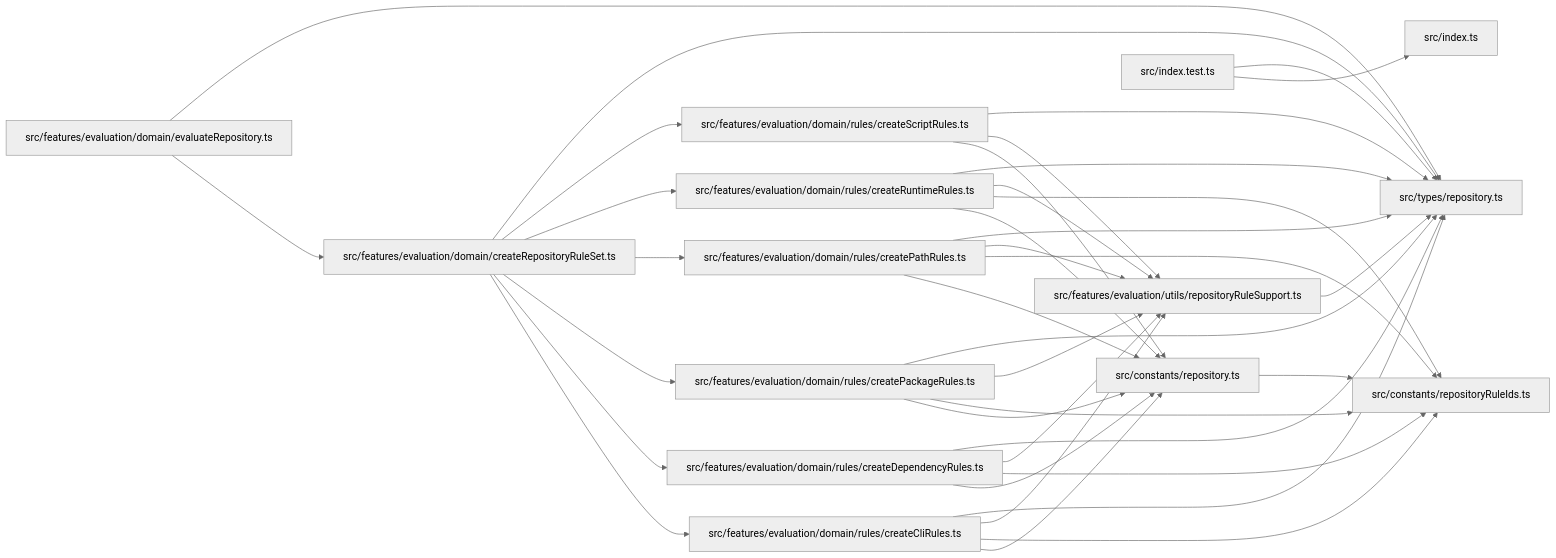
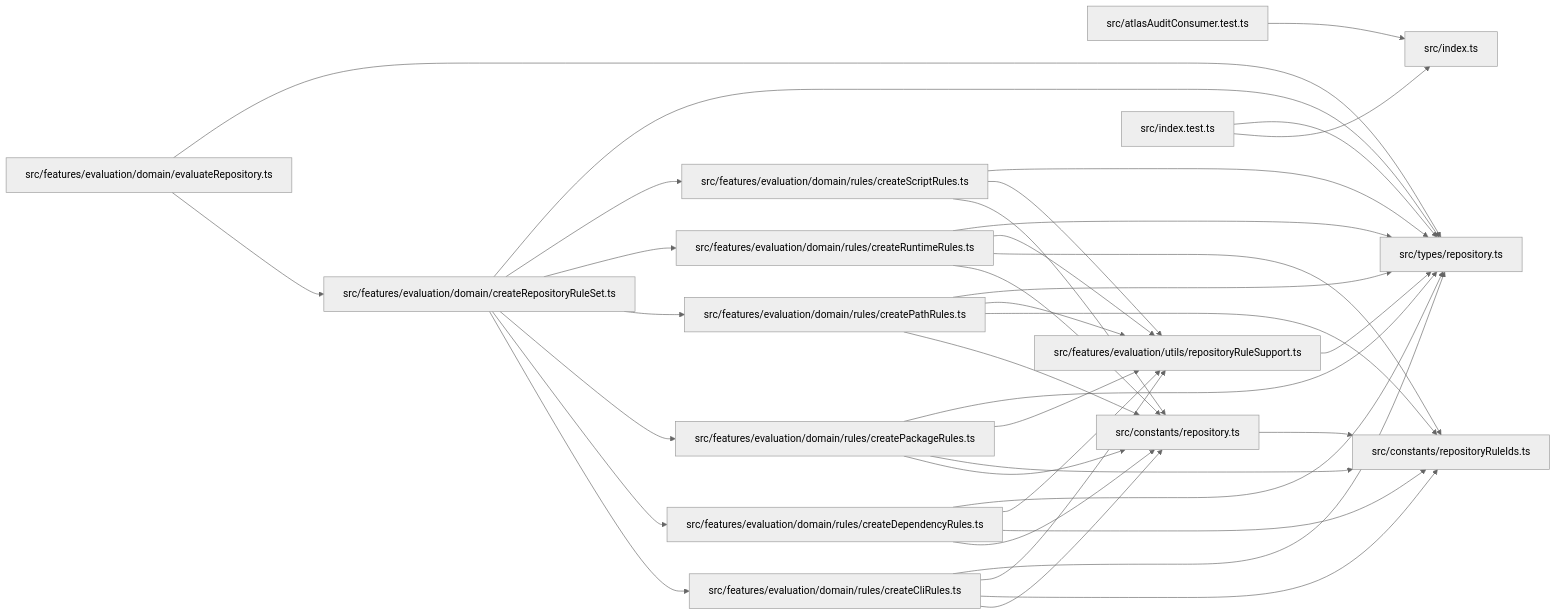
Before and after one commit to ankhorage/rules-repository: the diagram in paradox/diagrams/module-relationships.mmd, drawn with Mermaid (neutral theme). The commit also changed 9 other files, not shown here.

```diff
--- a/paradox/diagrams/module-relationships.mmd
+++ b/paradox/diagrams/module-relationships.mmd
@@ -1,51 +1,53 @@
 graph LR
+  module_src_atlasAuditConsumer_test_ts["src/atlasAuditConsumer.test.ts"]
   module_src_constants_repository_ts["src/constants/repository.ts"]
   module_src_constants_repositoryRuleIds_ts["src/constants/repositoryRuleIds.ts"]
   module_src_features_evaluation_domain_createRepositoryRuleSet_ts["src/features/evaluation/domain/createRepositoryRuleSet.ts"]
   module_src_features_evaluation_domain_evaluateRepository_ts["src/features/evaluation/domain/evaluateRepository.ts"]
   module_src_features_evaluation_domain_rules_createCliRules_ts["src/features/evaluation/domain/rules/createCliRules.ts"]
   module_src_features_evaluation_domain_rules_createDependencyRules_ts["src/features/evaluation/domain/rules/createDependencyRules.ts"]
   module_src_features_evaluation_domain_rules_createPackageRules_ts["src/features/evaluation/domain/rules/createPackageRules.ts"]
   module_src_features_evaluation_domain_rules_createPathRules_ts["src/features/evaluation/domain/rules/createPathRules.ts"]
   module_src_features_evaluation_domain_rules_createRuntimeRules_ts["src/features/evaluation/domain/rules/createRuntimeRules.ts"]
   module_src_features_evaluation_domain_rules_createScriptRules_ts["src/features/evaluation/domain/rules/createScriptRules.ts"]
   module_src_features_evaluation_utils_repositoryRuleSupport_ts["src/features/evaluation/utils/repositoryRuleSupport.ts"]
   module_src_index_test_ts["src/index.test.ts"]
   module_src_index_ts["src/index.ts"]
   module_src_types_repository_ts["src/types/repository.ts"]
+  module_src_atlasAuditConsumer_test_ts --> module_src_index_ts
   module_src_constants_repository_ts --> module_src_constants_repositoryRuleIds_ts
   module_src_features_evaluation_domain_createRepositoryRuleSet_ts --> module_src_features_evaluation_domain_rules_createCliRules_ts
   module_src_features_evaluation_domain_createRepositoryRuleSet_ts --> module_src_features_evaluation_domain_rules_createDependencyRules_ts
   module_src_features_evaluation_domain_createRepositoryRuleSet_ts --> module_src_features_evaluation_domain_rules_createPackageRules_ts
   module_src_features_evaluation_domain_createRepositoryRuleSet_ts --> module_src_features_evaluation_domain_rules_createPathRules_ts
   module_src_features_evaluation_domain_createRepositoryRuleSet_ts --> module_src_features_evaluation_domain_rules_createRuntimeRules_ts
   module_src_features_evaluation_domain_createRepositoryRuleSet_ts --> module_src_features_evaluation_domain_rules_createScriptRules_ts
   module_src_features_evaluation_domain_createRepositoryRuleSet_ts --> module_src_types_repository_ts
   module_src_features_evaluation_domain_evaluateRepository_ts --> module_src_features_evaluation_domain_createRepositoryRuleSet_ts
   module_src_features_evaluation_domain_evaluateRepository_ts --> module_src_types_repository_ts
   module_src_features_evaluation_domain_rules_createCliRules_ts --> module_src_constants_repository_ts
   module_src_features_evaluation_domain_rules_createCliRules_ts --> module_src_constants_repositoryRuleIds_ts
   module_src_features_evaluation_domain_rules_createCliRules_ts --> module_src_features_evaluation_utils_repositoryRuleSupport_ts
   module_src_features_evaluation_domain_rules_createCliRules_ts --> module_src_types_repository_ts
   module_src_features_evaluation_domain_rules_createDependencyRules_ts --> module_src_constants_repository_ts
   module_src_features_evaluation_domain_rules_createDependencyRules_ts --> module_src_constants_repositoryRuleIds_ts
   module_src_features_evaluation_domain_rules_createDependencyRules_ts --> module_src_features_evaluation_utils_repositoryRuleSupport_ts
   module_src_features_evaluation_domain_rules_createDependencyRules_ts --> module_src_types_repository_ts
   module_src_features_evaluation_domain_rules_createPackageRules_ts --> module_src_constants_repository_ts
   module_src_features_evaluation_domain_rules_createPackageRules_ts --> module_src_constants_repositoryRuleIds_ts
   module_src_features_evaluation_domain_rules_createPackageRules_ts --> module_src_features_evaluation_utils_repositoryRuleSupport_ts
   module_src_features_evaluation_domain_rules_createPackageRules_ts --> module_src_types_repository_ts
   module_src_features_evaluation_domain_rules_createPathRules_ts --> module_src_constants_repository_ts
   module_src_features_evaluation_domain_rules_createPathRules_ts --> module_src_constants_repositoryRuleIds_ts
   module_src_features_evaluation_domain_rules_createPathRules_ts --> module_src_features_evaluation_utils_repositoryRuleSupport_ts
   module_src_features_evaluation_domain_rules_createPathRules_ts --> module_src_types_repository_ts
   module_src_features_evaluation_domain_rules_createRuntimeRules_ts --> module_src_constants_repository_ts
   module_src_features_evaluation_domain_rules_createRuntimeRules_ts --> module_src_constants_repositoryRuleIds_ts
   module_src_features_evaluation_domain_rules_createRuntimeRules_ts --> module_src_features_evaluation_utils_repositoryRuleSupport_ts
   module_src_features_evaluation_domain_rules_createRuntimeRules_ts --> module_src_types_repository_ts
   module_src_features_evaluation_domain_rules_createScriptRules_ts --> module_src_constants_repository_ts
   module_src_features_evaluation_domain_rules_createScriptRules_ts --> module_src_features_evaluation_utils_repositoryRuleSupport_ts
   module_src_features_evaluation_domain_rules_createScriptRules_ts --> module_src_types_repository_ts
   module_src_features_evaluation_utils_repositoryRuleSupport_ts --> module_src_types_repository_ts
   module_src_index_test_ts --> module_src_index_ts
   module_src_index_test_ts --> module_src_types_repository_ts
```
